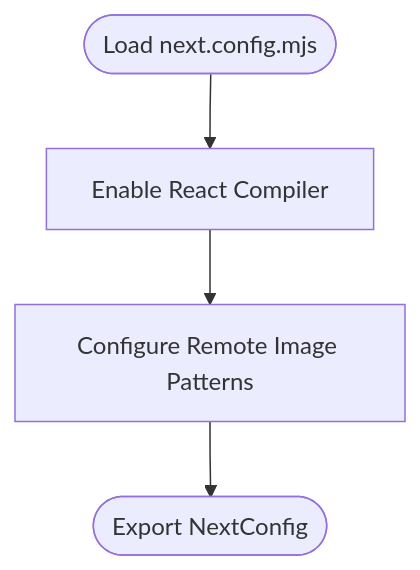
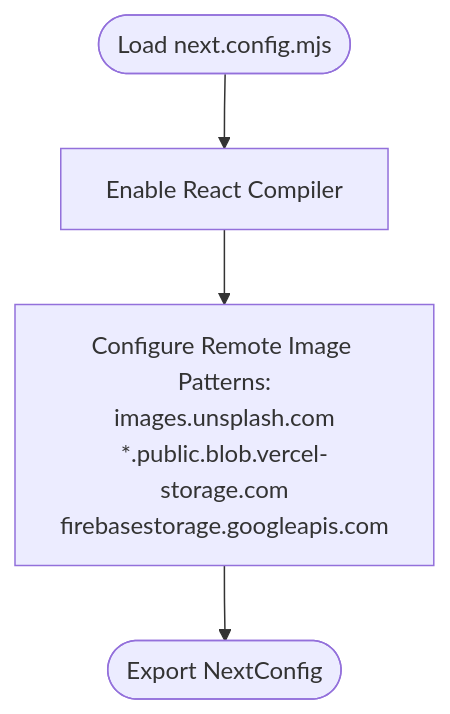
One commit to algorithmsEvolve/momentoclient-fe changed the third of 11 diagrams in docs/en/content/Deployment & Production.md. Above: the diagram before and after it, drawn with Mermaid. The commit also changed other lines of this file and 14 other files, not shown here.

````diff
--- a/docs/en/content/Deployment & Production.md
+++ b/docs/en/content/Deployment & Production.md
@@ -121,6 +125,6 @@
 ```mermaid
 flowchart TD
 Start(["Load next.config.mjs"]) --> RC["Enable React Compiler"]
-RC --> Images["Configure Remote Image Patterns"]
+RC --> Images["Configure Remote Image Patterns:<br/>images.unsplash.com<br/>*.public.blob.vercel-storage.com<br/>firebasestorage.googleapis.com"]
 Images --> Export(["Export NextConfig"])
 ```
````
